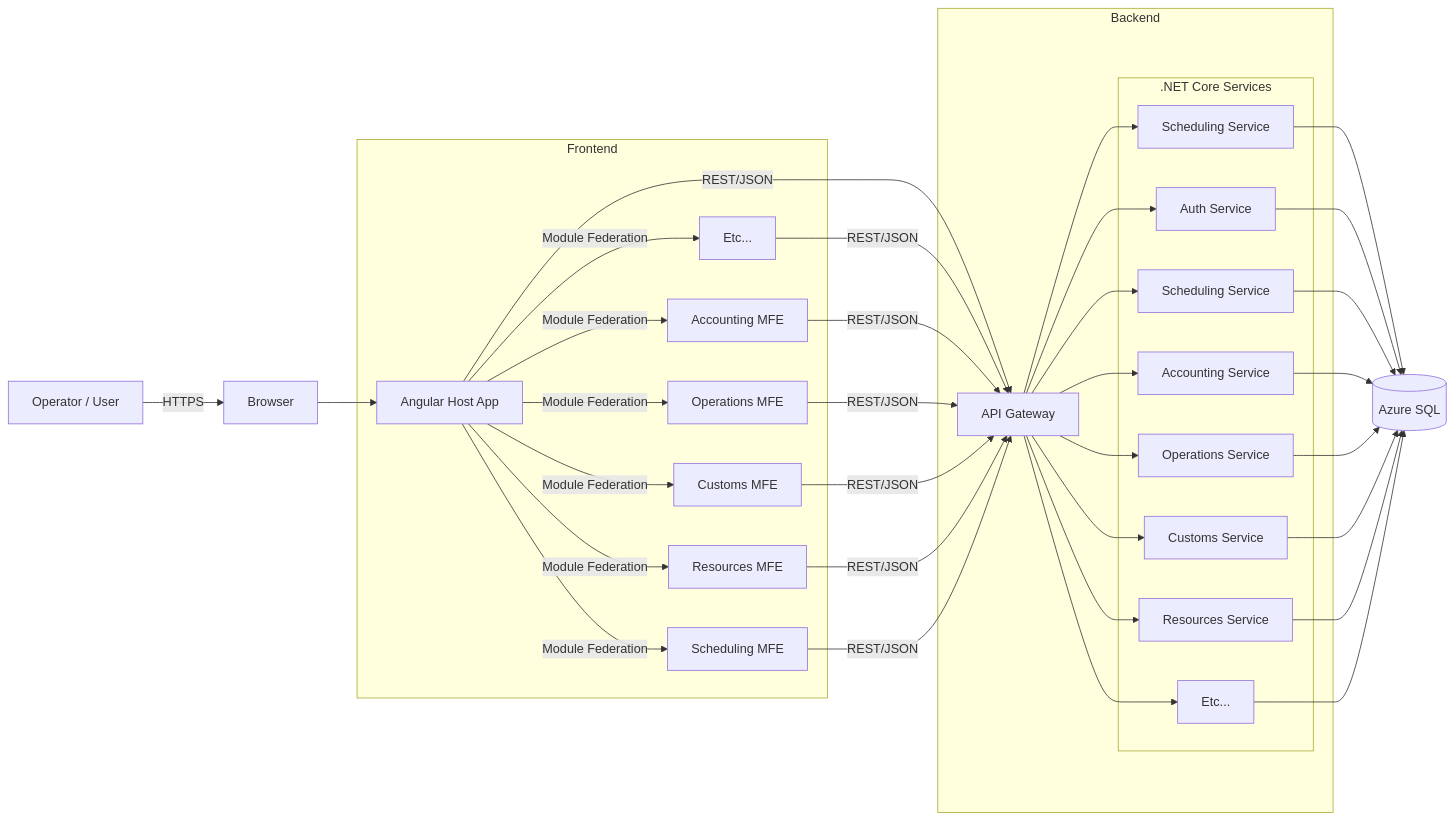
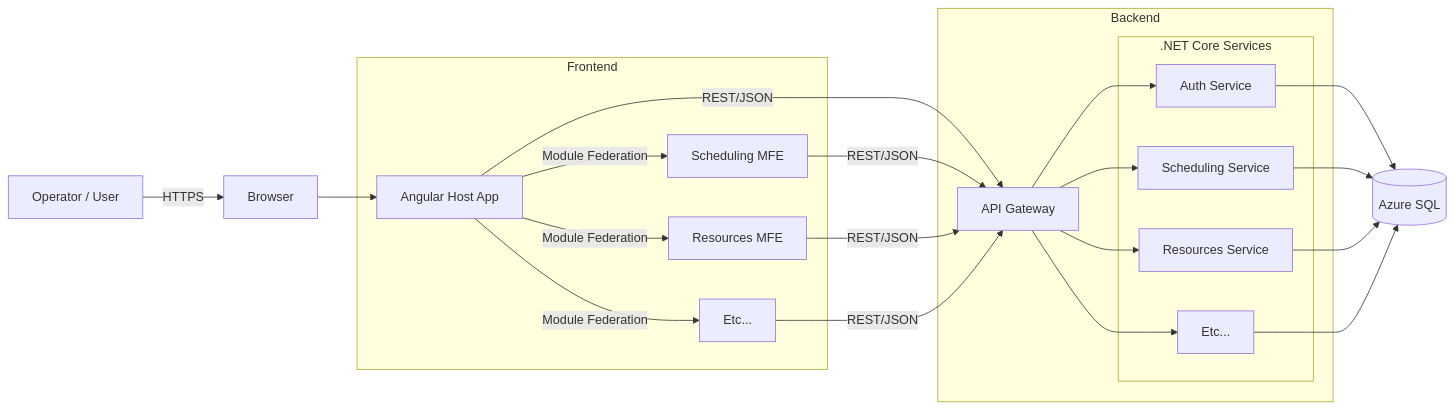
The diagram in pmis-docs/content/guides/architecture.mdx (atlamors/pmis-panama), drawn with Mermaid before and after one commit. The commit also changed other lines of this file and 30 other files, not shown here.

````diff
--- a/pmis-docs/content/guides/architecture.mdx
+++ b/pmis-docs/content/guides/architecture.mdx
@@ -5,55 +5,35 @@
 ```mermaid
 ---
 config:
     layout: dagre
     theme: mc
 ---
 flowchart LR
  subgraph FE["Frontend"]
         host["Angular Host App"]
         mfe1["Scheduling MFE"]
-        mfe2["Accounting MFE"]
-        mfe3["Operations MFE"]
-        mfe4["Customs MFE"]
-        mfe5["Resources MFE"]
-        mfe6["Etc..."]
+        mfe2["Resources MFE"]
+        mfe3["Etc..."]
   end
  subgraph SVC[".NET Core Services"]
-        service6["Etc..."] 
-        service1["Scheduling Service"]
-        service2["Accounting Service"]
-        service3["Operations Service"]
-        service4["Customs Service"]
-        service5["Resources Service"]
-        service7["Scheduling Service"]
-        service8["Auth Service"]
+        service1["Auth Service"]
+        service2["Scheduling Service"]
+        service3["Resources Service"]
+        service4["Etc..."]
   end
  subgraph BE["Backend"]
         gw["API Gateway"]
         SVC
   end
     user["Operator / User"] -- HTTPS --> browser["Browser"]
     browser --> host
     host -- Module Federation --> mfe1
     host -- Module Federation --> mfe2
     host -- Module Federation --> mfe3
-    host -- Module Federation --> mfe4
-    host -- Module Federation --> mfe5
-    host -- Module Federation --> mfe6
     host -- REST/JSON --> gw
-    mfe6 -- REST/JSON --> gw
+    mfe1 -- REST/JSON --> gw
     mfe2 -- REST/JSON --> gw
     mfe3 -- REST/JSON --> gw
-    mfe4 -- REST/JSON --> gw
-    mfe5 -- REST/JSON --> gw
-    mfe1 -- REST/JSON --> gw
-    gw --> service7 & service8 & service1 & service2 & service3 & service4 & service5 & service6
-    service7 --> db[("Azure SQL")]
-    service8 --> db
-    service1 --> db
-    service2 --> db
-    service3 --> db
-    service4 --> db
-    service5 --> db
-    service6 --> db
+    gw --> service1 & service2 & service3 & service4
+    service1 & service2 & service3 & service4 --> db[("Azure SQL")]
 ```
````
